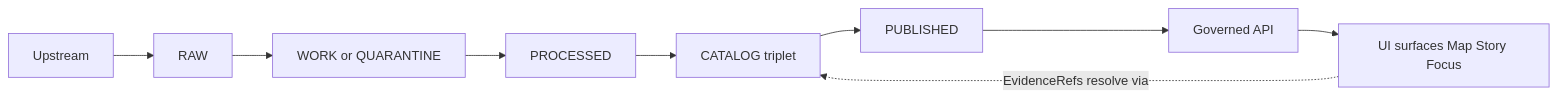
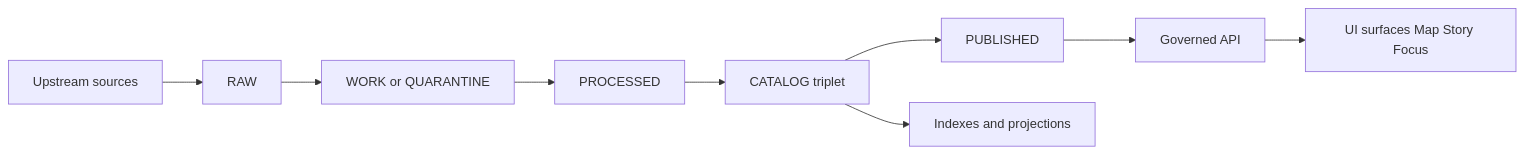
Before and after one commit to bartytime4life/Kansas-Frontier-Matrix: the first of 3 diagrams in docs/README.md, drawn with Mermaid. The commit also changed other lines of this file, not shown here.

````diff
--- a/docs/README.md
+++ b/docs/README.md
@@ -87,13 +125,12 @@
 ```mermaid
 flowchart LR
-  Up[Upstream] --> RAW[RAW]
+  Up[Upstream sources] --> RAW[RAW]
   RAW --> WORK[WORK or QUARANTINE]
   WORK --> PROC[PROCESSED]
   PROC --> CAT[CATALOG triplet]
   CAT --> PUB[PUBLISHED]
 
+  CAT --> IDX[Indexes and projections]
   PUB --> API[Governed API]
   API --> UI[UI surfaces Map Story Focus]
-
-  UI -. EvidenceRefs resolve via .-> CAT
 ```
````
